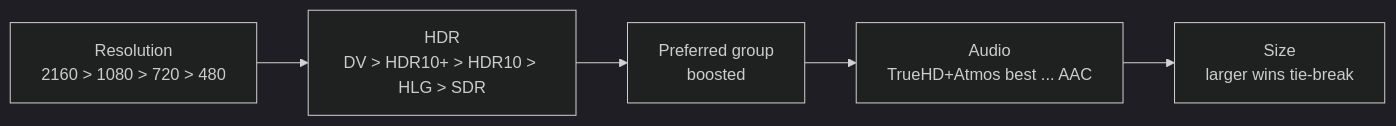
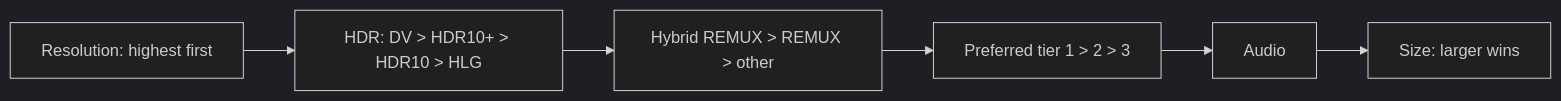
The second of 2 diagrams in docs-site/how-it-works/search-pipeline.md (Appz4Fun/nzbdavkodi), drawn with Mermaid (dark theme) before and after one commit. The commit also changed other lines of this file and 28 other files, not shown here.

````diff
--- a/docs-site/how-it-works/search-pipeline.md
+++ b/docs-site/how-it-works/search-pipeline.md
@@ -89,7 +90,9 @@
 ```mermaid
 flowchart LR
-    A[Resolution<br/>2160 > 1080 > 720 > 480] --> B[HDR<br/>DV > HDR10+ > HDR10 > HLG > SDR]
-    B --> C[Preferred group<br/>boosted]
-    C --> D[Audio<br/>TrueHD+Atmos best ... AAC]
-    D --> E[Size<br/>larger wins tie-break]
+    A[Resolution: highest first]
+    A --> B[HDR: DV > HDR10+ > HDR10 > HLG]
+    B --> R[Hybrid REMUX > REMUX > other]
+    R --> C[Preferred tier 1 > 2 > 3]
+    C --> D[Audio]
+    D --> E[Size: larger wins]
 ```
````
